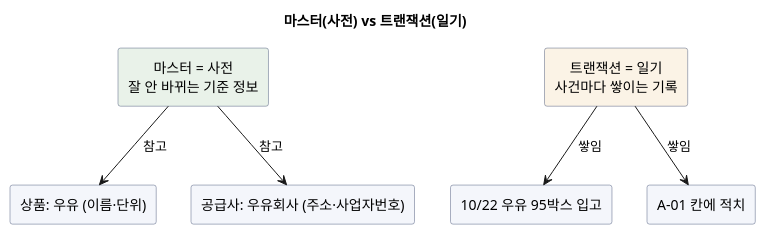
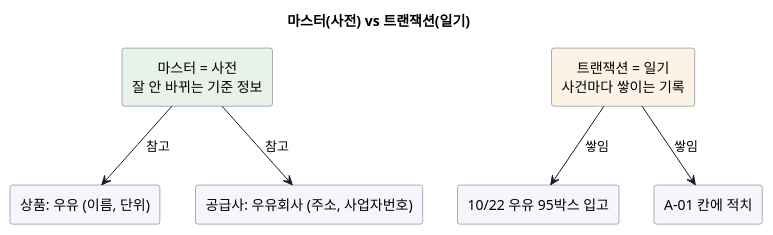
Before and after one commit to johnycho/johny-dev: the third of 10 diagrams in blog/2026-09-12-scm-system-explained.mdx, drawn with PlantUML. The commit also changed other lines of this file and 188 other files, not shown here.

````diff
--- a/blog/2026-09-12-scm-system-explained.mdx
+++ b/blog/2026-09-12-scm-system-explained.mdx
@@ -157,22 +157,22 @@
 ```plantuml
 @startuml
 skinparam defaultTextAlignment center
 skinparam rectangle {
   BackgroundColor #F4F6FB
   BorderColor #556080
 }
 title 마스터(사전) vs 트랜잭션(일기)
 
 rectangle "마스터 = 사전\n잘 안 바뀌는 기준 정보" as m #E9F2E9
-rectangle "상품: 우유 (이름·단위)" as m1
-rectangle "공급사: 우유회사 (주소·사업자번호)" as m2
+rectangle "상품: 우유 (이름, 단위)" as m1
+rectangle "공급사: 우유회사 (주소, 사업자번호)" as m2
 m --> m1 : 참고
 m --> m2 : 참고
 
 rectangle "트랜잭션 = 일기\n사건마다 쌓이는 기록" as t #FBF3E6
 rectangle "10/22 우유 95박스 입고" as t1
 rectangle "A-01 칸에 적치" as t2
 t --> t1 : 쌓임
 t --> t2 : 쌓임
 @enduml
 ```
````
